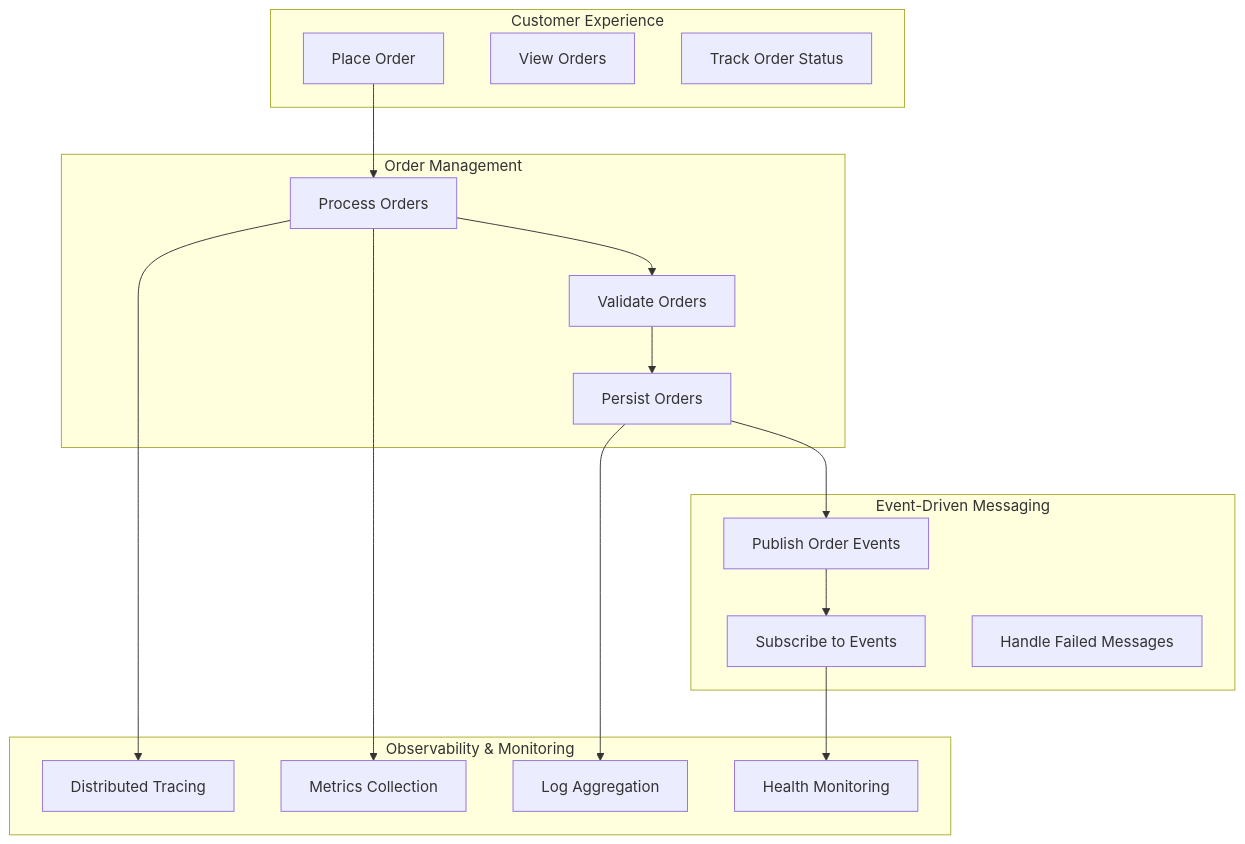
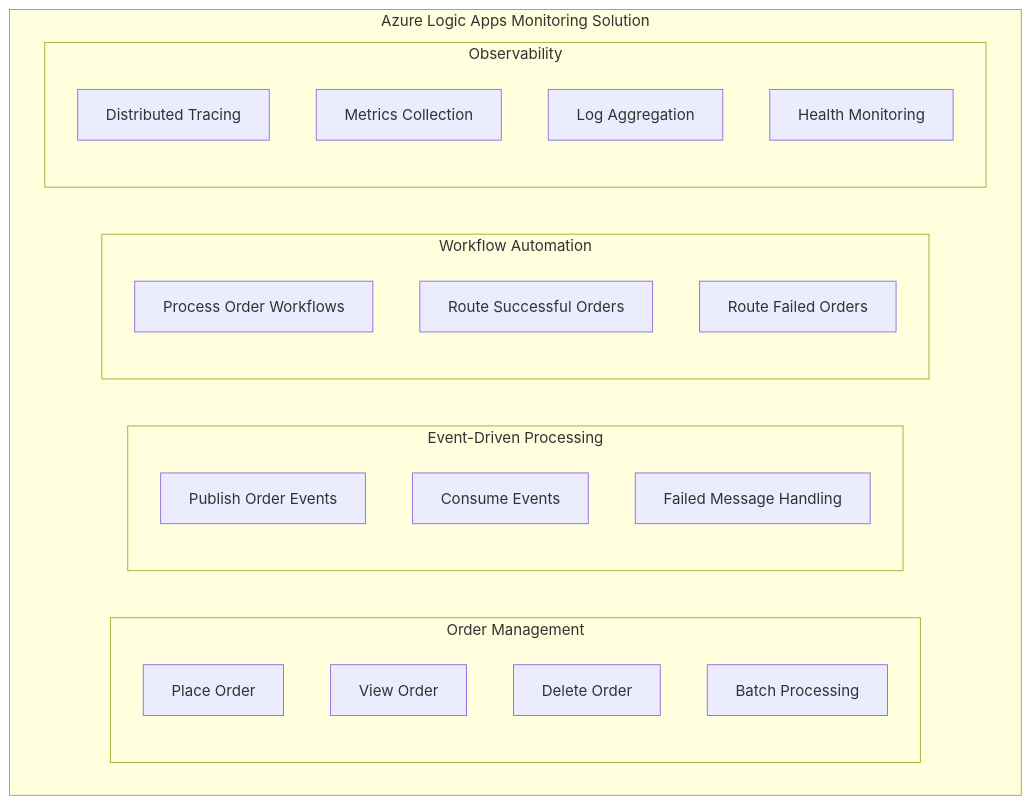
Before and after one commit to Evilazaro/Azure-LogicApps-Monitoring: the first of 11 diagrams in docs/SolutionArchitecture.md, drawn with Mermaid. The commit also changed other lines of this file, not shown here.

Commit message:
Refactor architecture diagram and enhance capability domain mapping in SolutionArchitecture.md

````diff
--- a/docs/SolutionArchitecture.md
+++ b/docs/SolutionArchitecture.md
@@ -70,38 +70,30 @@
 ```mermaid
 flowchart TD
-    subgraph CustomerExperience["Customer Experience"]
-        PlaceOrder["Place Order"]
-        ViewOrders["View Orders"]
-        TrackStatus["Track Order Status"]
+    subgraph Enterprise["Azure Logic Apps Monitoring Solution"]
+        subgraph OrderMgmt["Order Management"]
+            PlaceOrder["Place Order"]
+            ViewOrder["View Order"]
+            DeleteOrder["Delete Order"]
+            BatchProcess["Batch Processing"]
+        end
+        
+        subgraph EventProcessing["Event-Driven Processing"]
+            PublishEvents["Publish Order Events"]
+            ConsumeEvents["Consume Events"]
+            DeadLetterMgmt["Failed Message Handling"]
+        end
+        
+        subgraph WorkflowAutomation["Workflow Automation"]
+            ProcessOrders["Process Order Workflows"]
+            RouteSuccess["Route Successful Orders"]
+            RouteErrors["Route Failed Orders"]
+        end
+        
+        subgraph Observability["Observability"]
+            DistributedTracing["Distributed Tracing"]
+            MetricsCollection["Metrics Collection"]
+            LogAggregation["Log Aggregation"]
+            HealthMonitoring["Health Monitoring"]
+        end
     end
-    
-    subgraph OrderManagement["Order Management"]
-        ProcessOrder["Process Orders"]
-        ValidateOrder["Validate Orders"]
-        PersistOrder["Persist Orders"]
-    end
-    
-    subgraph Messaging["Event-Driven Messaging"]
-        PublishEvent["Publish Order Events"]
-        SubscribeEvent["Subscribe to Events"]
-        DeadLetter["Handle Failed Messages"]
-    end
-    
-    subgraph Observability["Observability & Monitoring"]
-        DistributedTrace["Distributed Tracing"]
-        MetricsCapture["Metrics Collection"]
-        LogAggregation["Log Aggregation"]
-        HealthMonitor["Health Monitoring"]
-    end
-    
-    PlaceOrder --> ProcessOrder
-    ProcessOrder --> ValidateOrder
-    ValidateOrder --> PersistOrder
-    PersistOrder --> PublishEvent
-    PublishEvent --> SubscribeEvent
-    
-    ProcessOrder --> DistributedTrace
-    ProcessOrder --> MetricsCapture
-    PersistOrder --> LogAggregation
-    SubscribeEvent --> HealthMonitor
 ```
````
